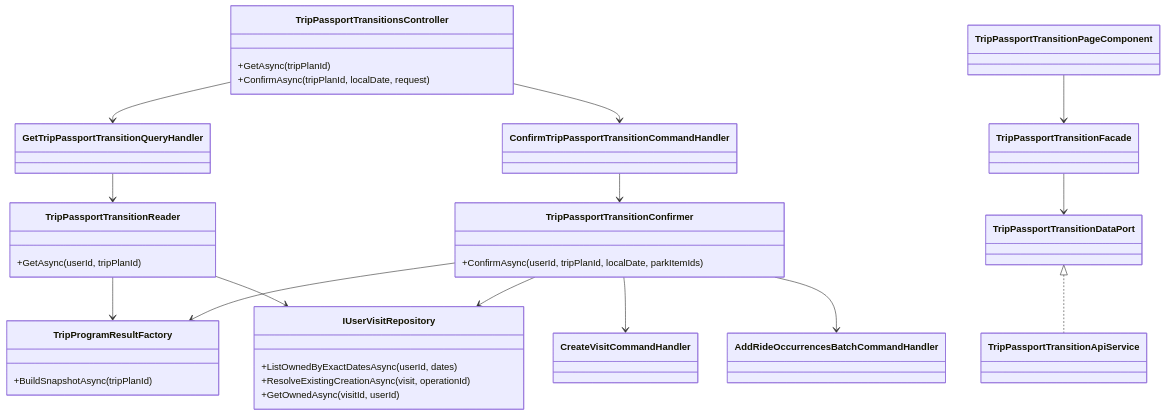
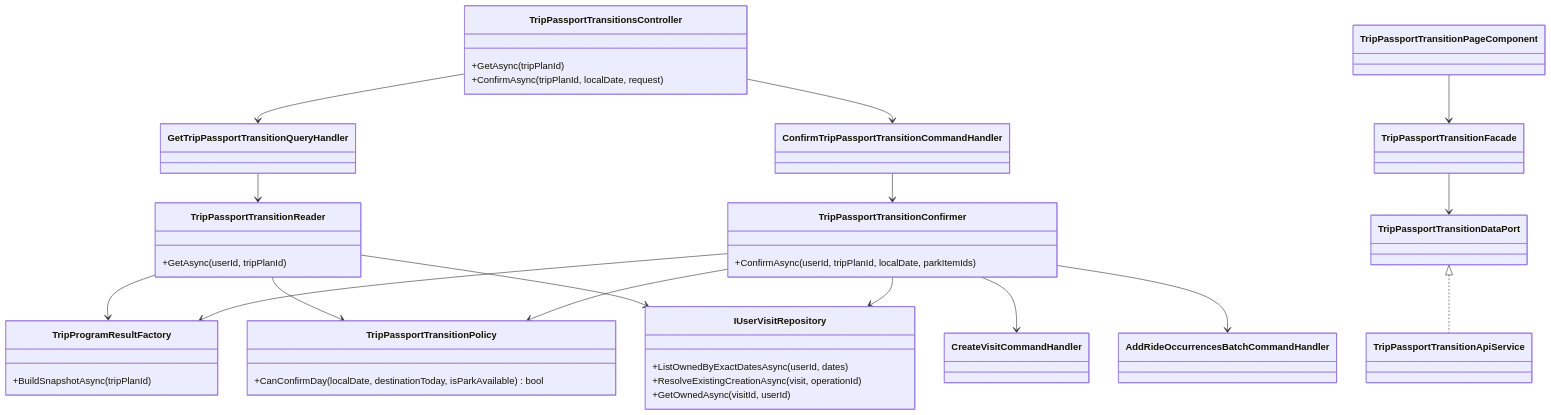
One commit to Ced59/AmusementParkProject changed the second of 5 diagrams in docs/architecture/product-growth-trip-12-passport-transition-2026-09-25.md. Above: the diagram before and after it, drawn with Mermaid. The commit also changed other lines of this file and 7 other files, not shown here.

````diff
--- a/docs/architecture/product-growth-trip-12-passport-transition-2026-09-25.md
+++ b/docs/architecture/product-growth-trip-12-passport-transition-2026-09-25.md
@@ -89,43 +96,48 @@
 ```mermaid
 classDiagram
     class TripPassportTransitionsController {
       +GetAsync(tripPlanId)
       +ConfirmAsync(tripPlanId, localDate, request)
     }
     class GetTripPassportTransitionQueryHandler
     class ConfirmTripPassportTransitionCommandHandler
     class TripPassportTransitionReader {
       +GetAsync(userId, tripPlanId)
     }
     class TripPassportTransitionConfirmer {
       +ConfirmAsync(userId, tripPlanId, localDate, parkItemIds)
+    }
+    class TripPassportTransitionPolicy {
+      +CanConfirmDay(localDate, destinationToday, isParkAvailable) bool
     }
     class TripProgramResultFactory {
       +BuildSnapshotAsync(tripPlanId)
     }
     class IUserVisitRepository {
       +ListOwnedByExactDatesAsync(userId, dates)
       +ResolveExistingCreationAsync(visit, operationId)
       +GetOwnedAsync(visitId, userId)
     }
     class CreateVisitCommandHandler
     class AddRideOccurrencesBatchCommandHandler
     class TripPassportTransitionApiService
     class TripPassportTransitionDataPort
     class TripPassportTransitionFacade
     class TripPassportTransitionPageComponent
 
     TripPassportTransitionsController --> GetTripPassportTransitionQueryHandler
     TripPassportTransitionsController --> ConfirmTripPassportTransitionCommandHandler
     GetTripPassportTransitionQueryHandler --> TripPassportTransitionReader
     ConfirmTripPassportTransitionCommandHandler --> TripPassportTransitionConfirmer
     TripPassportTransitionReader --> TripProgramResultFactory
+    TripPassportTransitionReader --> TripPassportTransitionPolicy
     TripPassportTransitionReader --> IUserVisitRepository
     TripPassportTransitionConfirmer --> TripProgramResultFactory
+    TripPassportTransitionConfirmer --> TripPassportTransitionPolicy
     TripPassportTransitionConfirmer --> IUserVisitRepository
     TripPassportTransitionConfirmer --> CreateVisitCommandHandler
     TripPassportTransitionConfirmer --> AddRideOccurrencesBatchCommandHandler
     TripPassportTransitionPageComponent --> TripPassportTransitionFacade
     TripPassportTransitionFacade --> TripPassportTransitionDataPort
     TripPassportTransitionDataPort <|.. TripPassportTransitionApiService
 ```
````
